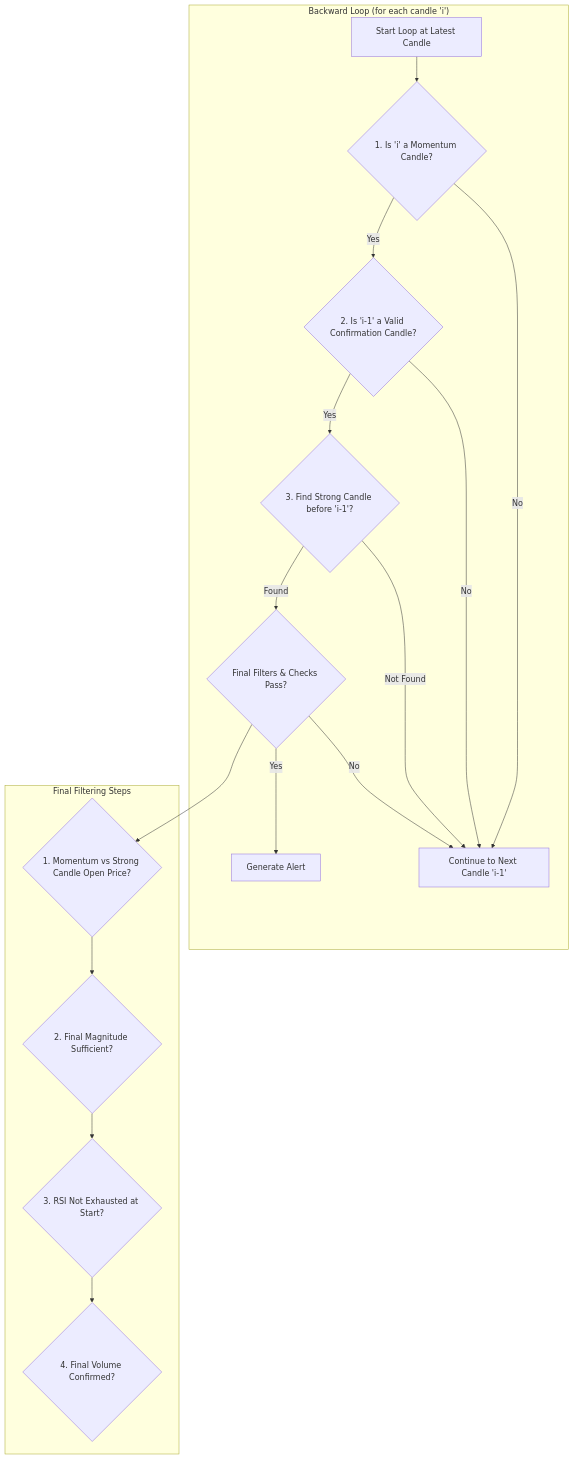
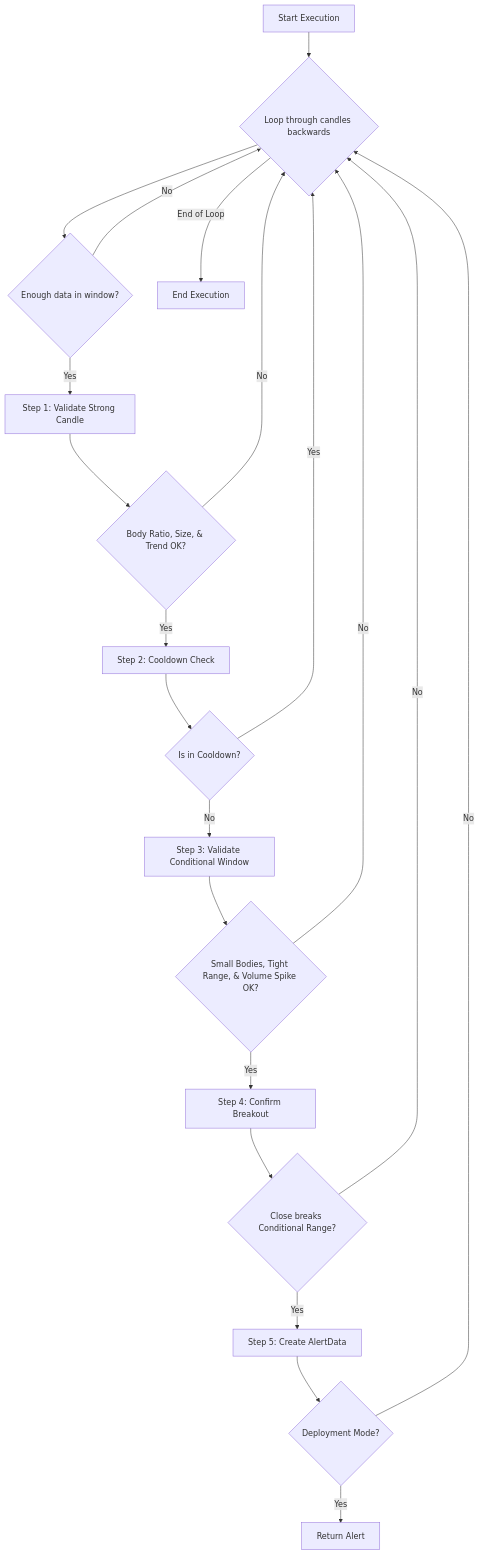
One commit to haud-tech-org/stock_trading changed the diagram in docs/algorithms/STRONG_CANDLE.md. Above: the diagram before and after it, drawn with Mermaid. The commit also changed other lines of this file and 9 other files, not shown here.

First line of the commit message:
# Refactor code for the Strong candle approach

````diff
--- a/docs/algorithms/STRONG_CANDLE.md
+++ b/docs/algorithms/STRONG_CANDLE.md
@@ -69,21 +55,23 @@
 ```mermaid
 graph TD
-    subgraph "Backward Loop (for each candle 'i')"
-        A[Start Loop at Latest Candle] --> B{1. Is 'i' a Momentum Candle?};
-        B -- No --> X[Continue to Next Candle 'i-1'];
-        B -- Yes --> C{2. Is 'i-1' a Valid Confirmation Candle?};
-        C -- No --> X;
-        C -- Yes --> D{3. Find Strong Candle before 'i-1'?};
-        D -- Not Found --> X;
-        D -- Found --> E{"Final Filters & Checks Pass?"};
-        E -- No --> X;
-        E -- Yes --> Z[Generate Alert];
-    end
-
-    subgraph "Final Filtering Steps"
-        E --> F1{1. Momentum vs Strong Candle Open Price?};
-        F1 --> F2{2. Final Magnitude Sufficient?};
-        F2 --> F3{3. RSI Not Exhausted at Start?};
-        F3 --> F4{4. Final Volume Confirmed?};
-    end
+    A[Start Execution] --> B{Loop through candles backwards};
+    B --> C{Enough data in window?};
+    C -- No --> B;
+    C -- Yes --> D[Step 1: Validate Strong Candle];
+    D --> E{Body Ratio, Size, & Trend OK?};
+    E -- No --> B;
+    E -- Yes --> F[Step 2: Cooldown Check];
+    F --> G{Is in Cooldown?};
+    G -- Yes --> B;
+    G -- No --> H[Step 3: Validate Conditional Window];
+    H --> I{Small Bodies, Tight Range, & Volume Spike OK?};
+    I -- No --> B;
+    I -- Yes --> J[Step 4: Confirm Breakout];
+    J --> K{Close breaks Conditional Range?};
+    K -- No --> B;
+    K -- Yes --> L[Step 5: Create AlertData];
+    L --> M{Deployment Mode?};
+    M -- Yes --> N[Return Alert];
+    M -- No --> B;
+    B -- End of Loop --> O[End Execution];
 ```
````
